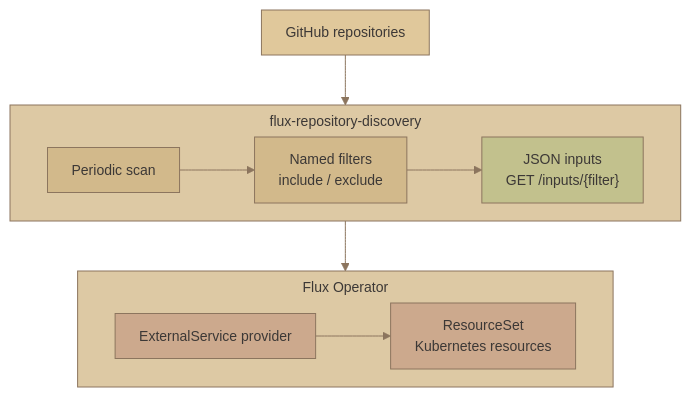
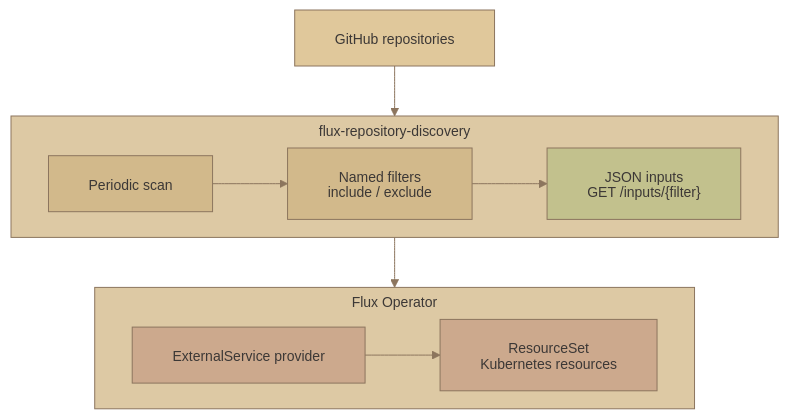
One commit to vterdunov/flux-repository-discovery changed the fourth of 4 diagrams in docs/mermaid-palettes.md. Above: the diagram before and after it, drawn with Mermaid. The commit also changed other lines of this file, not shown here.

Commit message:
docs: strengthen diagram shadows and prevent clipped labels

````diff
--- a/docs/mermaid-palettes.md
+++ b/docs/mermaid-palettes.md
@@ -168,49 +174,51 @@
 ```mermaid
 ---
 config:
   theme: base
+  htmlLabels: false
   themeCSS: |
-    .node rect { rx: 14px; ry: 14px; stroke-width: 0px; filter: drop-shadow(0px 3px 5px #3c383633); }
-    .cluster rect { rx: 18px; ry: 18px; stroke-width: 0px; filter: drop-shadow(0px 7px 10px #3c38362e); }
+    .node rect { rx: 14px; ry: 14px; stroke-width: 0px; filter: drop-shadow(0px 3px 2px #3c383666) drop-shadow(0px 10px 8px #3c383659); }
+    .cluster rect { rx: 18px; ry: 18px; stroke-width: 0px; filter: drop-shadow(0px 5px 2px #28282859) drop-shadow(0px 12px 10px #28282859); }
   themeVariables:
     fontFamily: "system-ui, sans-serif"
     fontSize: "14px"
     primaryColor: "#d2b98b"
     primaryTextColor: "#3c3836"
     primaryBorderColor: "#8c755e"
     lineColor: "#8c755e"
     textColor: "#3c3836"
     clusterBkg: "#ddc9a4"
     clusterBorder: "#8c755e"
     titleColor: "#3c3836"
   flowchart:
     nodeSpacing: 16
     rankSpacing: 50
-    padding: 12
+    padding: 20
+    diagramPadding: 48
     subGraphTitleMargin:
       top: 6
       bottom: 8
 ---
 flowchart TB
     github["GitHub repositories"]
 
     subgraph discovery["flux-repository-discovery"]
         direction LR
         scan["Periodic scan"] --> filters["Named filters<br/>include / exclude"]
         filters --> inputs["JSON inputs<br/>GET /inputs/{filter}"]
     end
 
     subgraph flux["Flux Operator"]
         direction LR
         provider["ExternalService provider"] --> resources["ResourceSet<br/>Kubernetes resources"]
     end
 
     github --> discovery --> flux
 
     classDef source fill:#e0c89b,stroke:#8c755e,color:#3c3836
     classDef output fill:#c2c18d,stroke:#8c755e,color:#3c3836
     classDef consumer fill:#cca98d,stroke:#8c755e,color:#3c3836
     class github source
     class inputs output
     class provider,resources consumer
 ```
````
